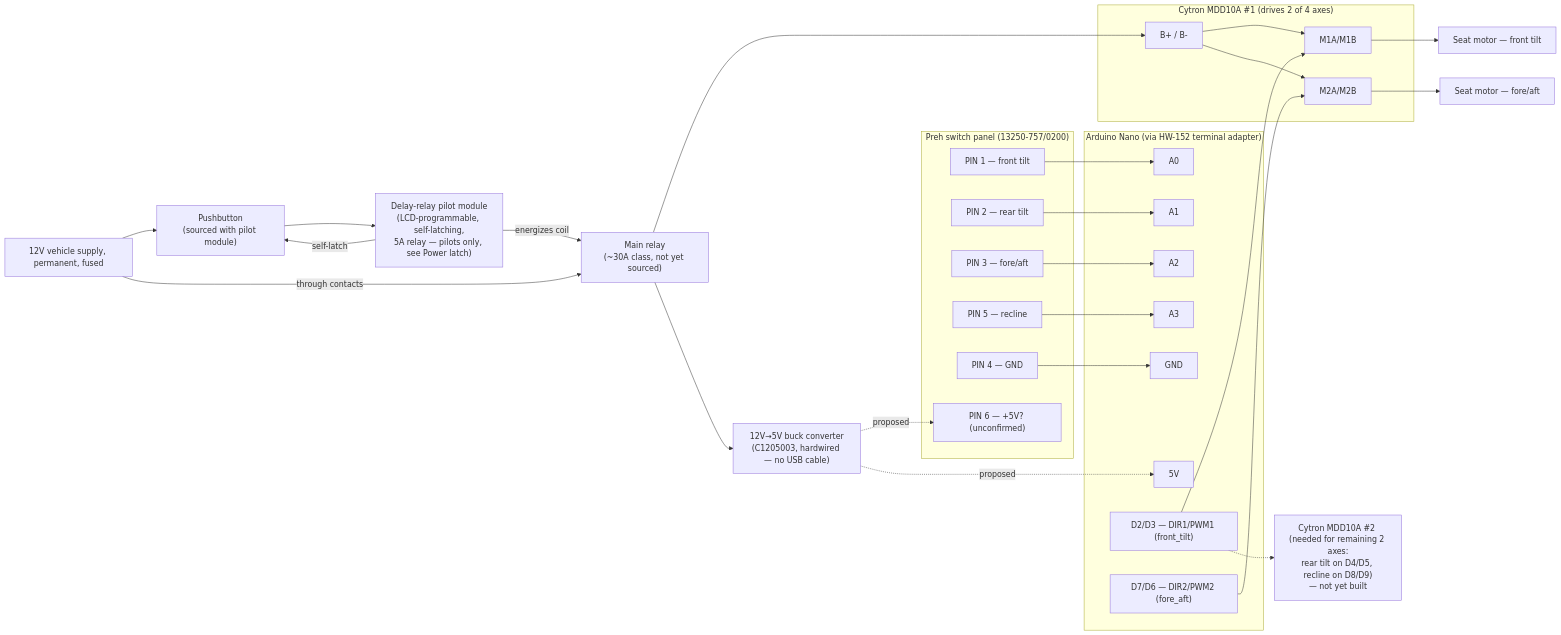
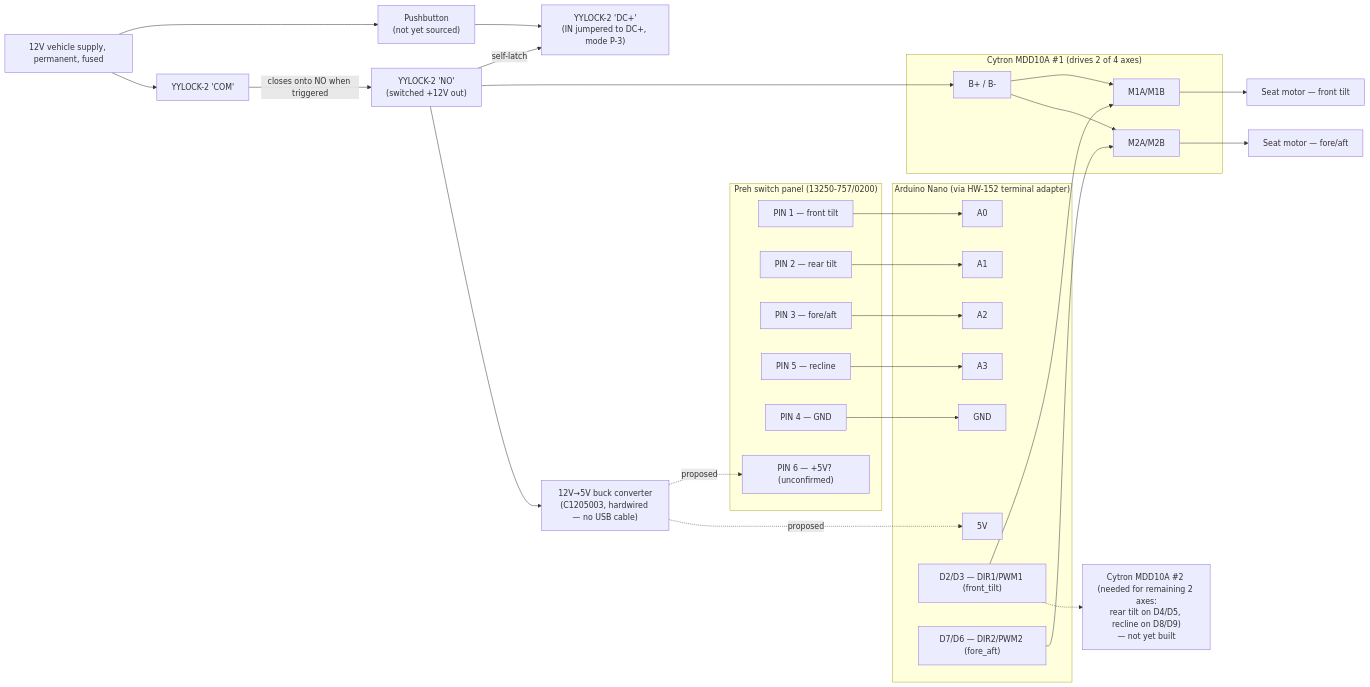
One commit to nodecentral/Audi-Seat-Controller-Arduino-Project changed the diagram in README.md. Above: the diagram before and after it, drawn with Mermaid. The commit also changed other lines of this file, not shown here.

First line of the commit message:
Simplify power latch to a single self-locking relay module

````diff
--- a/README.md
+++ b/README.md
@@ -186,57 +186,57 @@
 ```mermaid
 flowchart LR
     subgraph SWITCH["Preh switch panel (13250-757/0200)"]
         P1["PIN 1 — front tilt"]
         P2["PIN 2 — rear tilt"]
         P3["PIN 3 — fore/aft"]
         P5["PIN 5 — recline"]
         P4["PIN 4 — GND"]
         P6["PIN 6 — +5V? (unconfirmed)"]
     end
 
     subgraph NANO["Arduino Nano (via HW-152 terminal adapter)"]
         A0["A0"]
         A1["A1"]
         A2["A2"]
         A3["A3"]
         GND1["GND"]
         FIVEV["5V"]
         CTRL1["D2/D3 — DIR1/PWM1 (front_tilt)"]
         CTRL2["D7/D6 — DIR2/PWM2 (fore_aft)"]
     end
 
     subgraph DRV1["Cytron MDD10A #1 (drives 2 of 4 axes)"]
         M1["M1A/M1B"]
         M2["M2A/M2B"]
         BSUP["B+ / B-"]
     end
 
     P1 --> A0
     P2 --> A1
     P3 --> A2
     P5 --> A3
     P4 --> GND1
     REG -. proposed .-> P6
     REG -. proposed .-> FIVEV
 
     CTRL1 --> M1
     CTRL2 --> M2
 
     MOT1["Seat motor — front tilt"]
     MOT2["Seat motor — fore/aft"]
     M1 --> MOT1
     M2 --> MOT2
 
-    BATT["12V vehicle supply, permanent, fused"] --> PBTN["Pushbutton<br/>(sourced with pilot module)"]
-    PBTN --> PILOT["Delay-relay pilot module<br/>(LCD-programmable, self-latching,<br/>5A relay — pilots only, see Power latch)"]
-    PILOT -- self-latch --> PBTN
-    PILOT -- energizes coil --> MAINRELAY["Main relay<br/>(~30A class, not yet sourced)"]
-    BATT -- through contacts --> MAINRELAY
-    MAINRELAY --> BSUP
-    MAINRELAY --> REG["12V→5V buck converter<br/>(C1205003, hardwired — no USB cable)"]
+    BATT["12V vehicle supply, permanent, fused"] --> PBTN["Pushbutton<br/>(not yet sourced)"]
+    BATT --> LATCH["YYLOCK-2 'COM'"]
+    PBTN --> DCPLUS["YYLOCK-2 'DC+'<br/>(IN jumpered to DC+, mode P-3)"]
+    LATCH -- closes onto NO when triggered --> NOOUT["YYLOCK-2 'NO'<br/>(switched +12V out)"]
+    NOOUT -- self-latch --> DCPLUS
+    NOOUT --> BSUP
+    NOOUT --> REG["12V→5V buck converter<br/>(C1205003, hardwired — no USB cable)"]
     BSUP --> M1
     BSUP --> M2
 
     DRV2["Cytron MDD10A #2 (needed for remaining 2 axes:<br/>rear tilt on D4/D5, recline on D8/D9)<br/>— not yet built"]
     CTRL1 -.-> DRV2
 ```
````
